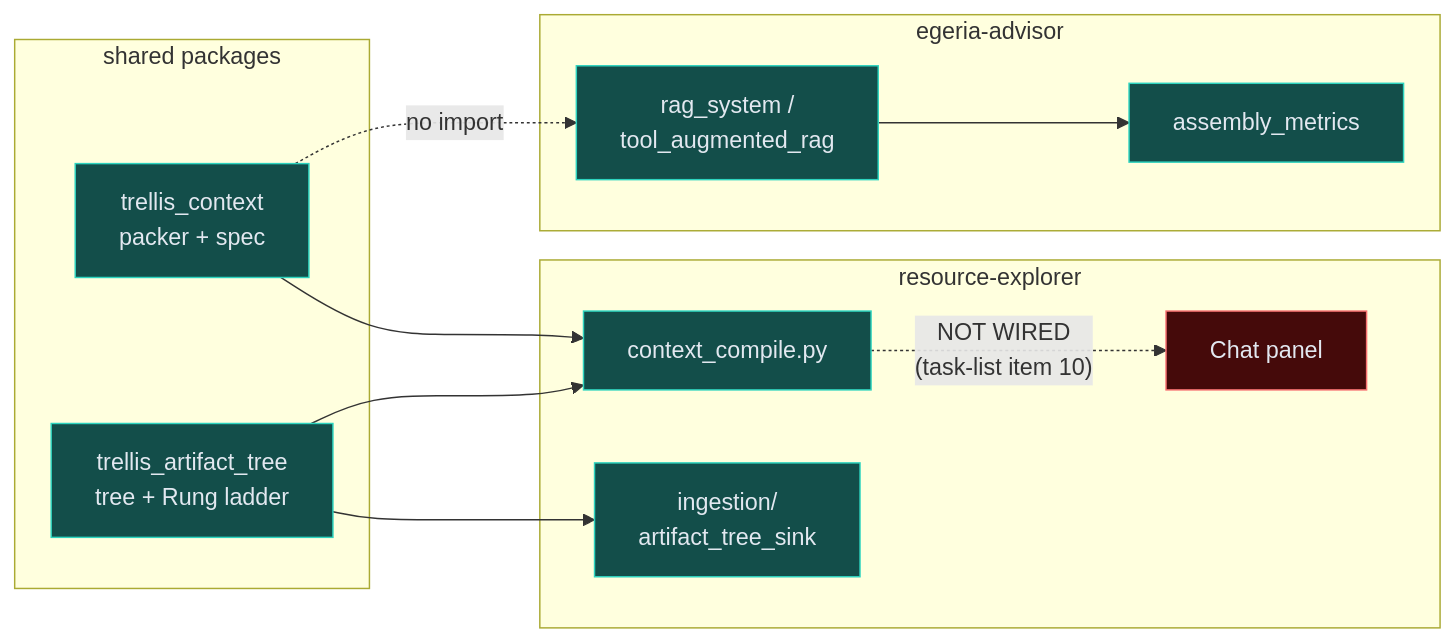
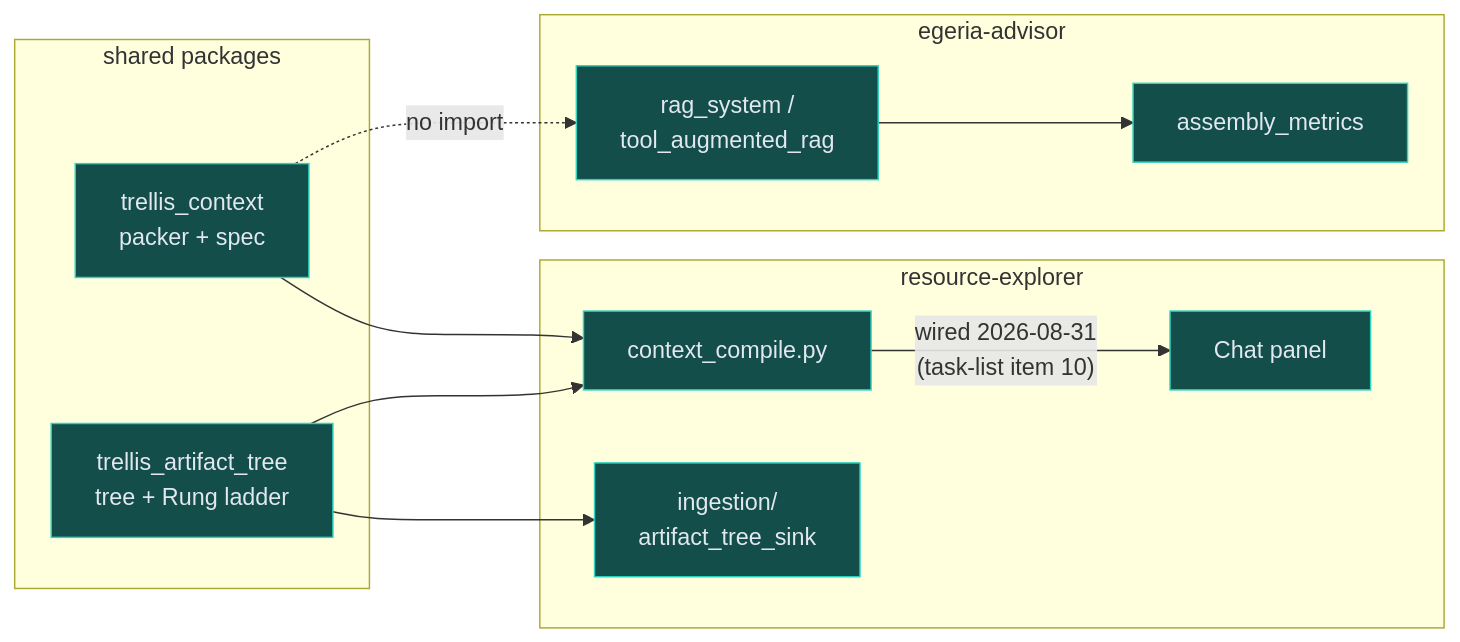
The first of 4 diagrams in packages/resource-explorer/docs/context-compiler-across-trellis.md (dwolfson/trellis), drawn with Mermaid before and after one commit. The commit also changed other lines of this file, not shown here.

````diff
--- a/packages/resource-explorer/docs/context-compiler-across-trellis.md
+++ b/packages/resource-explorer/docs/context-compiler-across-trellis.md
@@ -25,28 +43,27 @@
 ```mermaid
 graph LR
   subgraph pkgs["shared packages"]
     TC["trellis_context<br/>packer + spec"]
     TAT["trellis_artifact_tree<br/>tree + Rung ladder"]
   end
   subgraph re["resource-explorer"]
     CC["context_compile.py"]
     ING["ingestion/<br/>artifact_tree_sink"]
     CHAT["Chat panel"]
   end
   subgraph ea["egeria-advisor"]
     EARAG["rag_system /<br/>tool_augmented_rag"]
     EAASM["assembly_metrics"]
   end
 
   TC --> CC
   TAT --> CC
   TAT --> ING
-  CC -.->|"NOT WIRED<br/>(task-list item 10)"| CHAT
+  CC -->|"wired 2026-08-31<br/>(task-list item 10)"| CHAT
   TC -.->|"no import"| EARAG
   EARAG --> EAASM
 
   classDef built fill:#134e4a,stroke:#2dd4bf,color:#e2e8f0
   classDef gap fill:#450a0a,stroke:#f87171,color:#e2e8f0
-  class TC,TAT,CC,ING,EARAG,EAASM built
-  class CHAT gap
+  class TC,TAT,CC,ING,EARAG,EAASM,CHAT built
 ```
````
